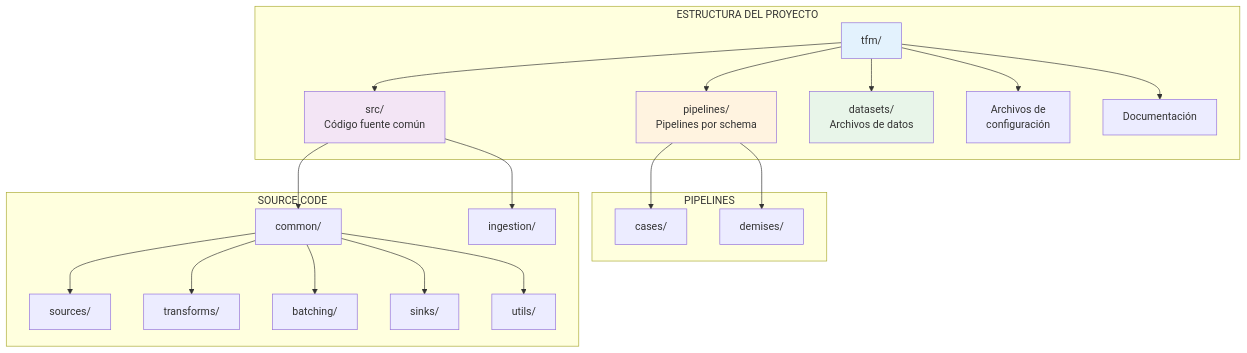
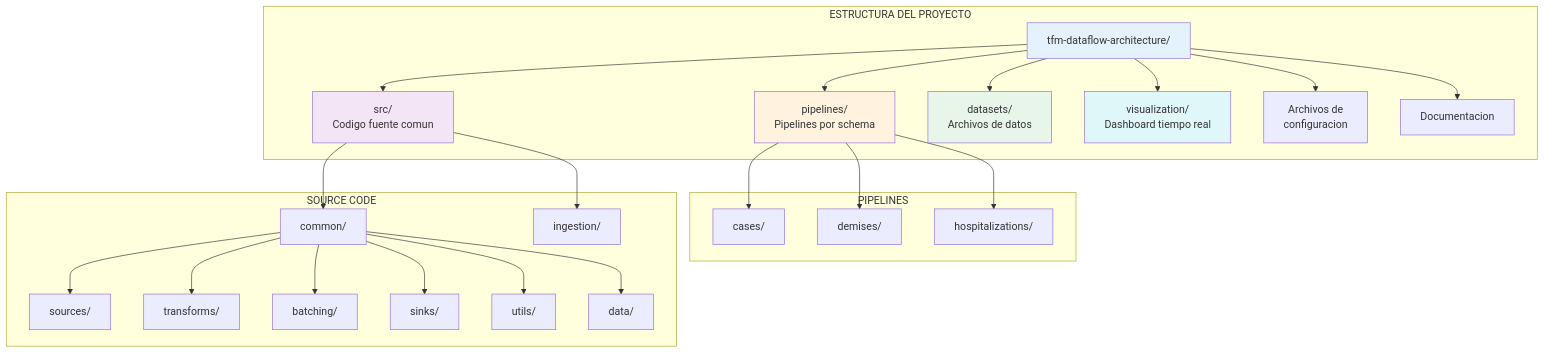
One commit to arthur8davis/tfm-dataflow-architecture changed the first of 7 diagrams in ESTRUCTURA_PROYECTO.md. Above: the diagram before and after it, drawn with Mermaid. The commit also changed other lines of this file and 9 other files, not shown here.

````diff
--- a/ESTRUCTURA_PROYECTO.md
+++ b/ESTRUCTURA_PROYECTO.md
@@ -21,32 +22,36 @@
 ```mermaid
 graph TB
     subgraph "ESTRUCTURA DEL PROYECTO"
-        Root[tfm/]
+        Root[tfm-dataflow-architecture/]
 
         Root --> Pipelines[pipelines/<br/>Pipelines por schema]
-        Root --> Src[src/<br/>Código fuente común]
+        Root --> Src[src/<br/>Codigo fuente comun]
         Root --> Datasets[datasets/<br/>Archivos de datos]
-        Root --> Config[Archivos de<br/>configuración]
-        Root --> Docs[Documentación]
+        Root --> Viz[visualization/<br/>Dashboard tiempo real]
+        Root --> Config[Archivos de<br/>configuracion]
+        Root --> Docs[Documentacion]
     end
 
     subgraph "PIPELINES"
         Pipelines --> Cases[cases/]
         Pipelines --> Demises[demises/]
+        Pipelines --> Hospitals[hospitalizations/]
     end
 
     subgraph "SOURCE CODE"
         Src --> Common[common/]
         Src --> Ingestion[ingestion/]
         Common --> Sources[sources/]
         Common --> Transforms[transforms/]
         Common --> Batching[batching/]
         Common --> Sinks[sinks/]
         Common --> Utils[utils/]
+        Common --> Data[data/]
     end
 
     style Root fill:#e3f2fd
     style Pipelines fill:#fff3e0
     style Src fill:#f3e5f5
     style Datasets fill:#e8f5e9
+    style Viz fill:#e0f7fa
 ```
````
